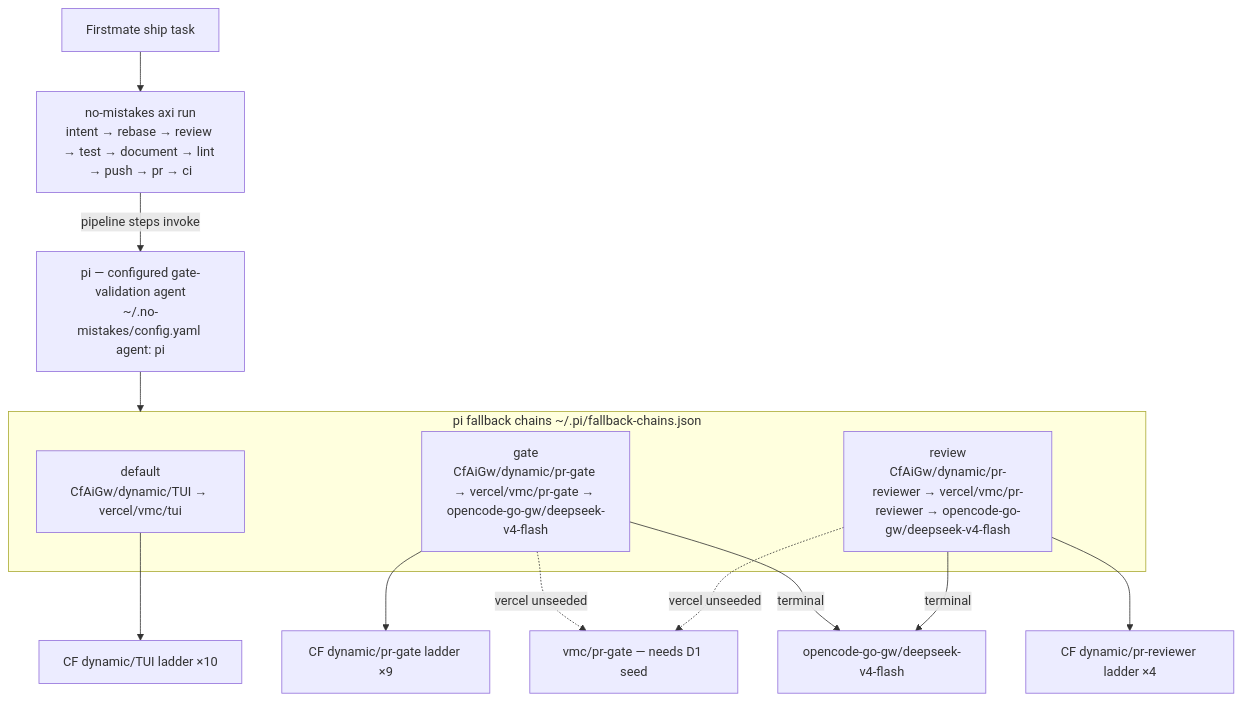
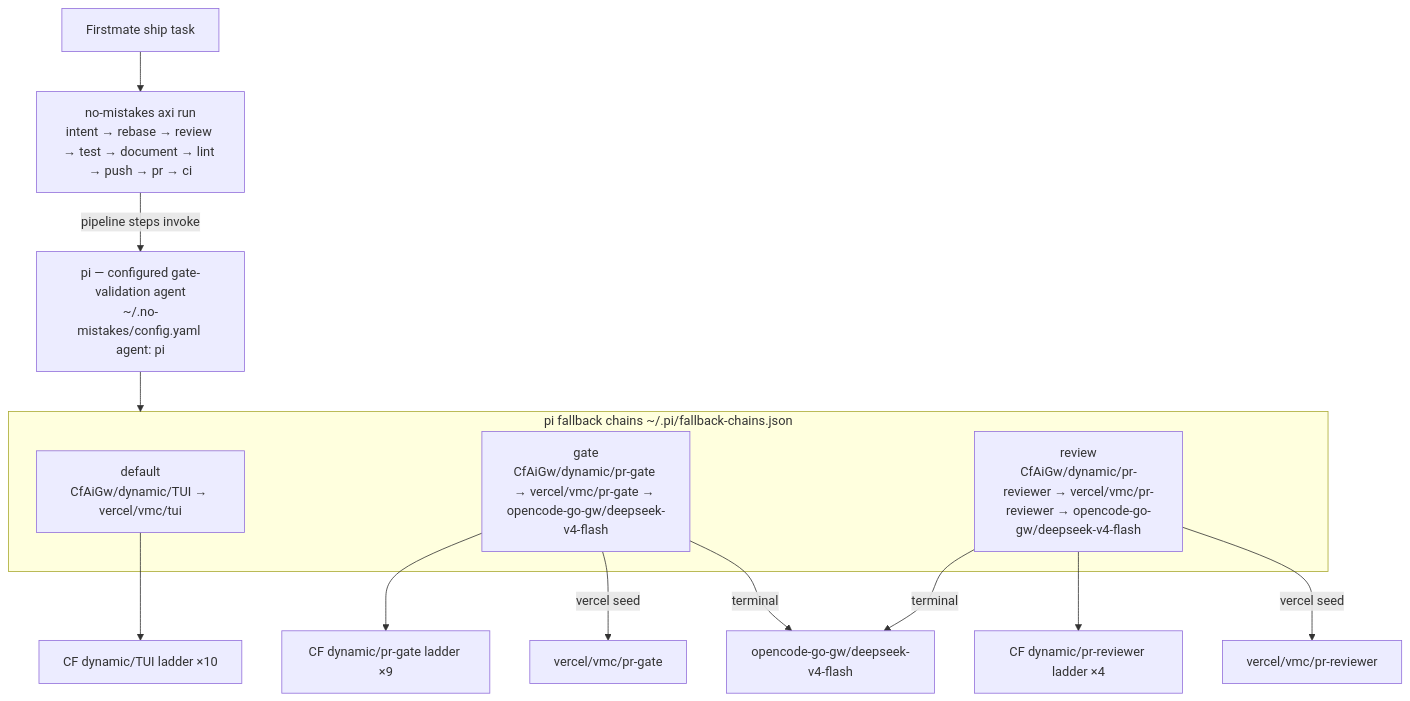
Before and after one commit to phillias/dotfiles: the second of 2 diagrams in dot_agents/skills/provider-catalog/references/ROUTING_TOPOLOGY.md, drawn with Mermaid. The commit also changed 1 other file, not shown here.

Commit message:
no-mistakes(review): Fix stale topology diagram and add D1 route reconciliation on refresh

````diff
--- a/dot_agents/skills/provider-catalog/references/ROUTING_TOPOLOGY.md
+++ b/dot_agents/skills/provider-catalog/references/ROUTING_TOPOLOGY.md
@@ -71,21 +71,21 @@
 ```mermaid
 flowchart TD
     fm[Firstmate ship task]
     nm["no-mistakes axi run<br/>intent → rebase → review → test → document → lint → push → pr → ci"]
     fm --> nm
     pi["pi — configured gate-validation agent<br/>~/.no-mistakes/config.yaml agent: pi"]
     nm -->|pipeline steps invoke| pi
     subgraph chains[pi fallback chains ~/.pi/fallback-chains.json]
         DEF["default<br/>CfAiGw/dynamic/TUI → vercel/vmc/tui"]
         GATEC["gate<br/>CfAiGw/dynamic/pr-gate → vercel/vmc/pr-gate → opencode-go-gw/deepseek-v4-flash"]
         REV2["review<br/>CfAiGw/dynamic/pr-reviewer → vercel/vmc/pr-reviewer → opencode-go-gw/deepseek-v4-flash"]
     end
     pi --> chains
     GATEC --> cfroute[CF dynamic/pr-gate ladder ×9]
     REV2 --> cfroute2[CF dynamic/pr-reviewer ladder ×4]
     DEF --> cfroute3[CF dynamic/TUI ladder ×10]
-    GATEC -.->|vercel unseeded| gap["vmc/pr-gate — needs D1 seed"]
-    REV2 -.->|vercel unseeded| gap
+    GATEC -->|vercel seed| vg[vercel/vmc/pr-gate]
+    REV2 -->|vercel seed| vr[vercel/vmc/pr-reviewer]
     GATEC -->|terminal| ogw[opencode-go-gw/deepseek-v4-flash]
     REV2 -->|terminal| ogw
 ```
````
